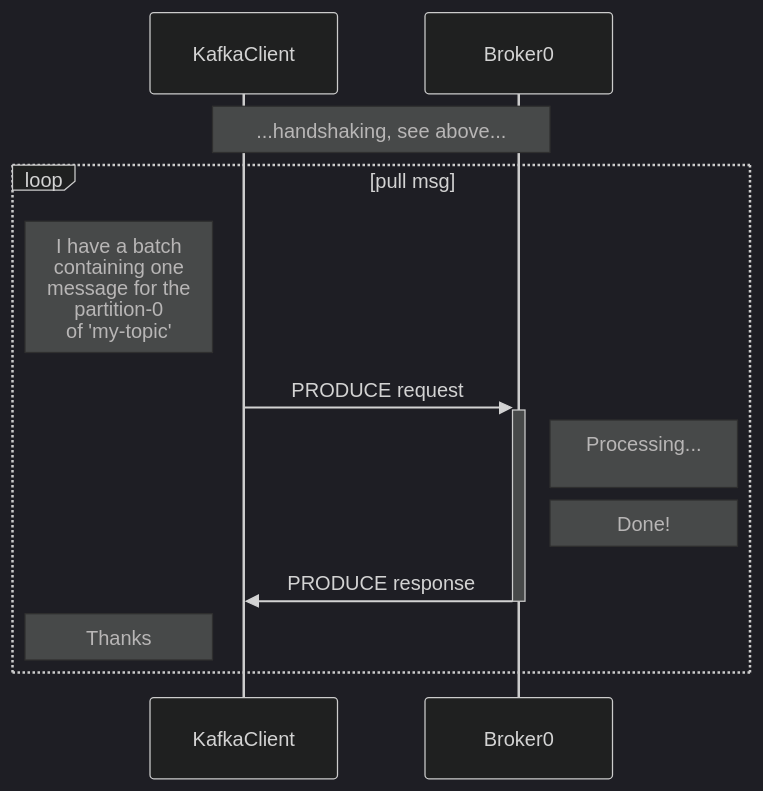
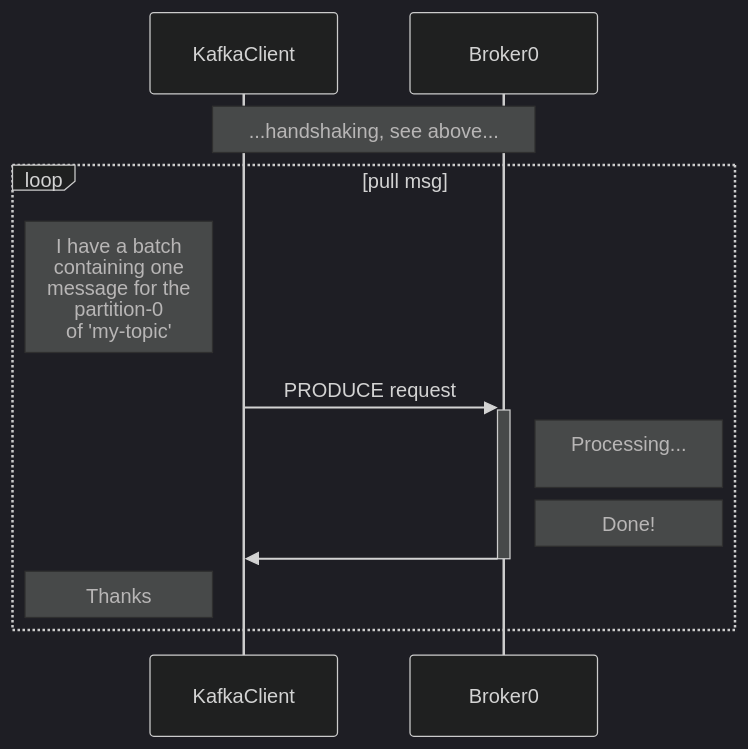
One commit to PierreZ/pierrezemb.fr changed the second of 3 diagrams in content/posts/diving-into-kafka-protocol/index.md. Above: the diagram before and after it, drawn with Mermaid (dark theme). The commit also changed other lines of this file, not shown here.

Commit message:
publish kafka protocol

```diff
--- a/content/posts/diving-into-kafka-protocol/index.md
+++ b/content/posts/diving-into-kafka-protocol/index.md
@@ -70,17 +73,17 @@
 {{<mermaid>}}
 sequenceDiagram
 
     Note over KafkaClient,Broker0: ...handshaking, see above...
 
     loop pull msg
         Note left of KafkaClient: I have a batch <br/> containing one <br/> message for the <br/> partition-0 <br/> of 'my-topic'
         KafkaClient ->>+ Broker0: PRODUCE request
 
         Note right of Broker0: Processing...<br/>
         Note right of Broker0: Done!
-        Broker0 ->>- KafkaClient: PRODUCE response
+        Broker0 ->>- KafkaClient: 
         
         Note left of KafkaClient: Thanks
     end
 
 {{</mermaid>}}
```
